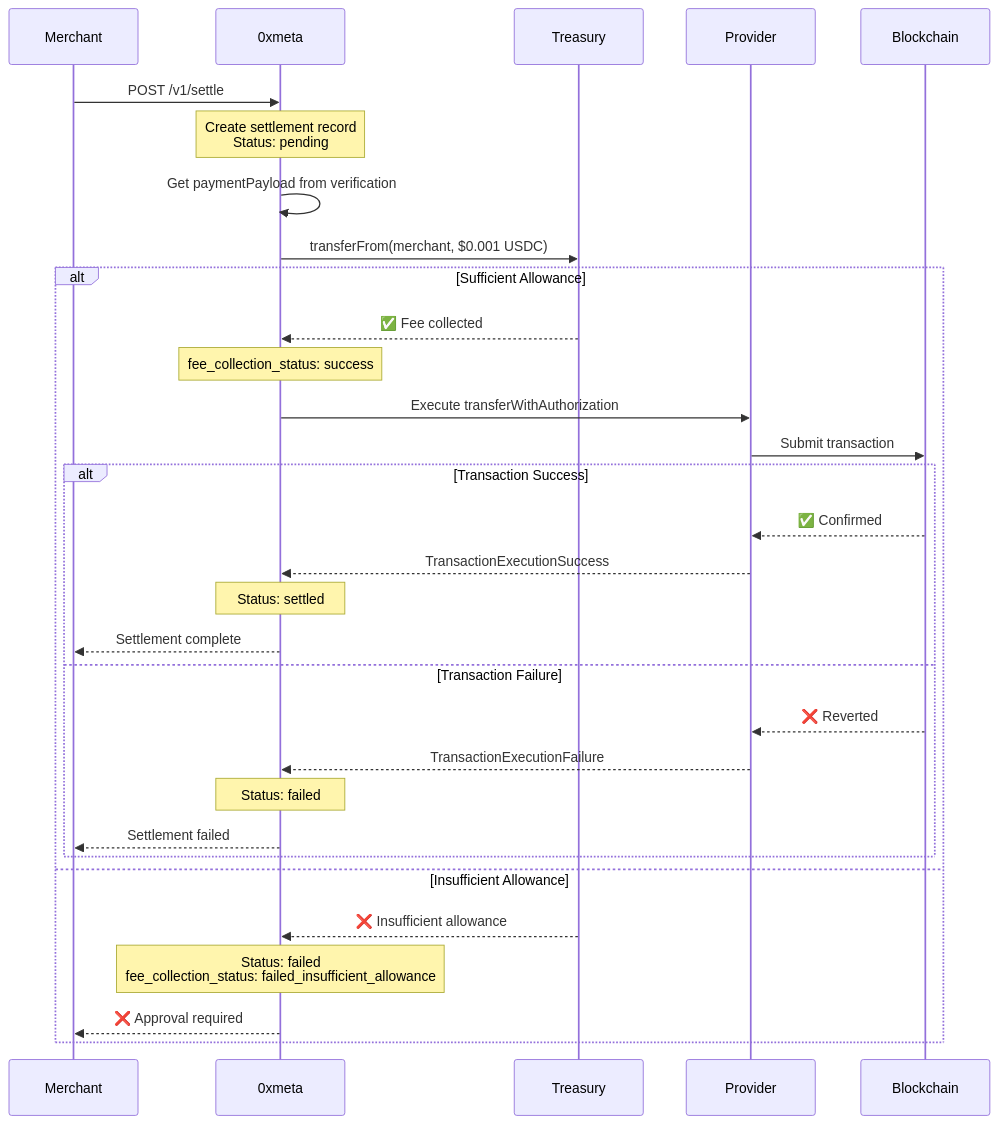
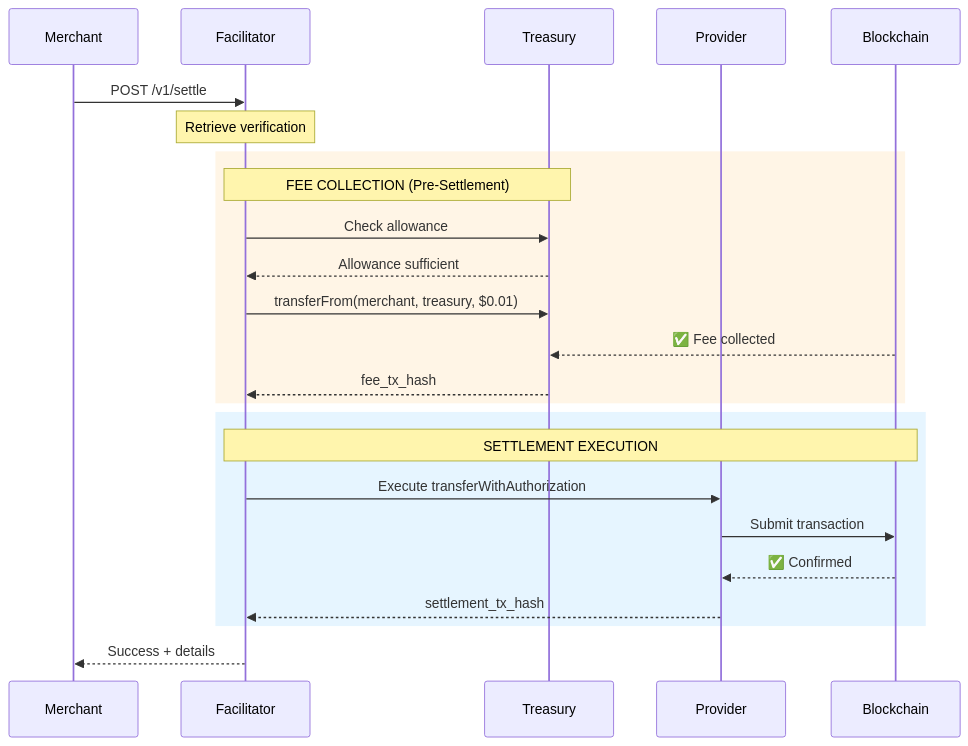
Before and after one commit to cascadingGeek/docs: the first of 2 diagrams in api-reference/settle.mdx, drawn with Mermaid. The commit also changed other lines of this file and 9 other files, not shown here.

Commit message:
--fix: update docs to reflect new payment flow

````diff
--- a/api-reference/settle.mdx
+++ b/api-reference/settle.mdx
@@ -193,40 +220,30 @@
 ```mermaid
 sequenceDiagram
     participant Merchant
-    participant 0xmeta
+    participant Facilitator
     participant Treasury
     participant Provider
     participant Blockchain
 
-    Merchant->>0xmeta: POST /v1/settle
-    Note over 0xmeta: Create settlement record<br/>Status: pending
+    Merchant->>Facilitator: POST /v1/settle
+    Note over Facilitator: Retrieve verification
 
-    0xmeta->>0xmeta: Get paymentPayload from verification
+    rect rgb(255, 245, 230)
+        Note over Facilitator,Treasury: FEE COLLECTION (Pre-Settlement)
+        Facilitator->>Treasury: Check allowance
+        Treasury-->>Facilitator: Allowance sufficient
+        Facilitator->>Treasury: transferFrom(merchant, treasury, $0.01)
+        Blockchain-->>Treasury: ✅ Fee collected
+        Treasury-->>Facilitator: fee_tx_hash
+    end
 
-    0xmeta->>Treasury: transferFrom(merchant, $0.001 USDC)
+    rect rgb(230, 245, 255)
+        Note over Facilitator,Blockchain: SETTLEMENT EXECUTION
+        Facilitator->>Provider: Execute transferWithAuthorization
+        Provider->>Blockchain: Submit transaction
+        Blockchain-->>Provider: ✅ Confirmed
+        Provider-->>Facilitator: settlement_tx_hash
+    end
 
-    alt Sufficient Allowance
-        Treasury-->>0xmeta: ✅ Fee collected
-        Note over 0xmeta: fee_collection_status: success
-
-        0xmeta->>Provider: Execute transferWithAuthorization
-        Provider->>Blockchain: Submit transaction
-
-        alt Transaction Success
-            Blockchain-->>Provider: ✅ Confirmed
-            Provider-->>0xmeta: TransactionExecutionSuccess
-            Note over 0xmeta: Status: settled
-            0xmeta-->>Merchant: Settlement complete
-        else Transaction Failure
-            Blockchain-->>Provider: ❌ Reverted
-            Provider-->>0xmeta: TransactionExecutionFailure
-            Note over 0xmeta: Status: failed
-            0xmeta-->>Merchant: Settlement failed
-        end
-
-    else Insufficient Allowance
-        Treasury-->>0xmeta: ❌ Insufficient allowance
-        Note over 0xmeta: Status: failed<br/>fee_collection_status: failed_insufficient_allowance
-        0xmeta-->>Merchant: ❌ Approval required
-    end
+    Facilitator-->>Merchant: Success + details
 ```
````
